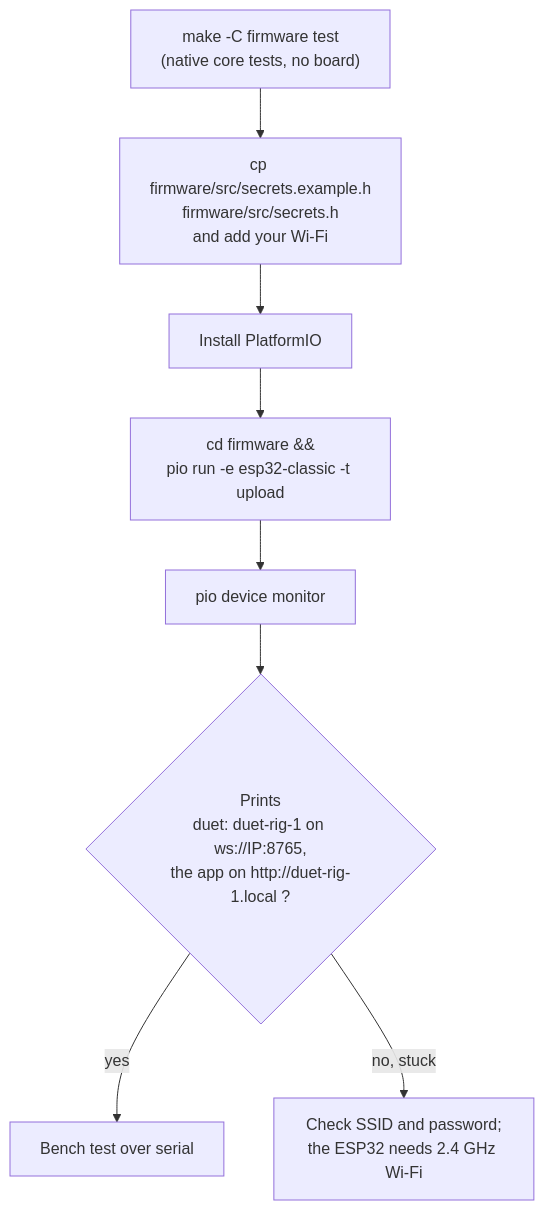
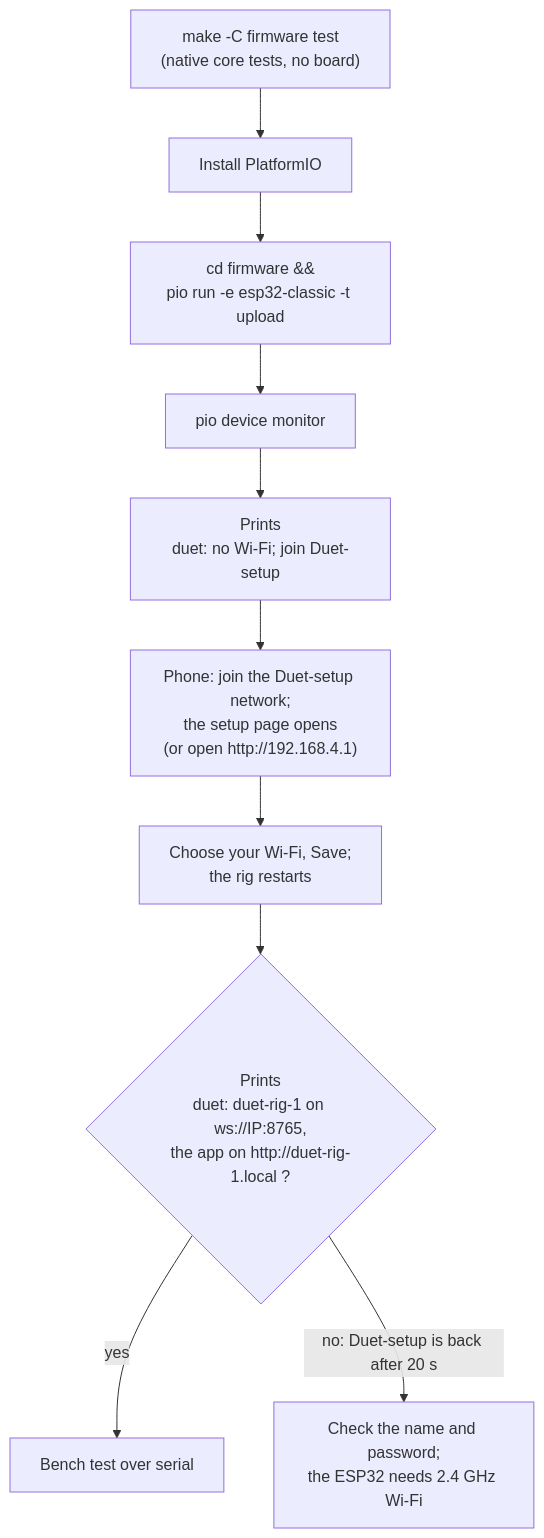
One commit to gilrvrv-design/Duet changed the fourth of 9 diagrams in docs/rig-guide.md. Above: the diagram before and after it, drawn with Mermaid. The commit also changed other lines of this file and 26 other files, not shown here.

First line of the commit message:
3d: Wi-Fi setup from the rig's own page

````diff
--- a/docs/rig-guide.md
+++ b/docs/rig-guide.md
@@ -246,10 +246,12 @@
 ```mermaid
 flowchart TD
-    t["make -C firmware test<br/>(native core tests, no board)"] --> s["cp firmware/src/secrets.example.h<br/>firmware/src/secrets.h<br/>and add your Wi-Fi"]
-    s --> p["Install PlatformIO"]
+    t["make -C firmware test<br/>(native core tests, no board)"] --> p["Install PlatformIO"]
     p --> f["cd firmware &&<br/>pio run -e esp32-classic -t upload"]
     f --> m["pio device monitor"]
-    m --> ok{"Prints<br/>duet: duet-rig-1 on ws://IP:8765,<br/>the app on http://duet-rig-1.local ?"}
+    m --> setup["Prints<br/>duet: no Wi-Fi; join Duet-setup"]
+    setup --> phone["Phone: join the Duet-setup network;<br/>the setup page opens<br/>(or open http://192.168.4.1)"]
+    phone --> save["Choose your Wi-Fi, Save;<br/>the rig restarts"]
+    save --> ok{"Prints<br/>duet: duet-rig-1 on ws://IP:8765,<br/>the app on http://duet-rig-1.local ?"}
     ok -->|"yes"| next["Bench test over serial"]
-    ok -->|"no, stuck"| wifi["Check SSID and password;<br/>the ESP32 needs 2.4 GHz Wi-Fi"]
+    ok -->|"no: Duet-setup is back after 20 s"| wifi["Check the name and password;<br/>the ESP32 needs 2.4 GHz Wi-Fi"]
 ```
````
